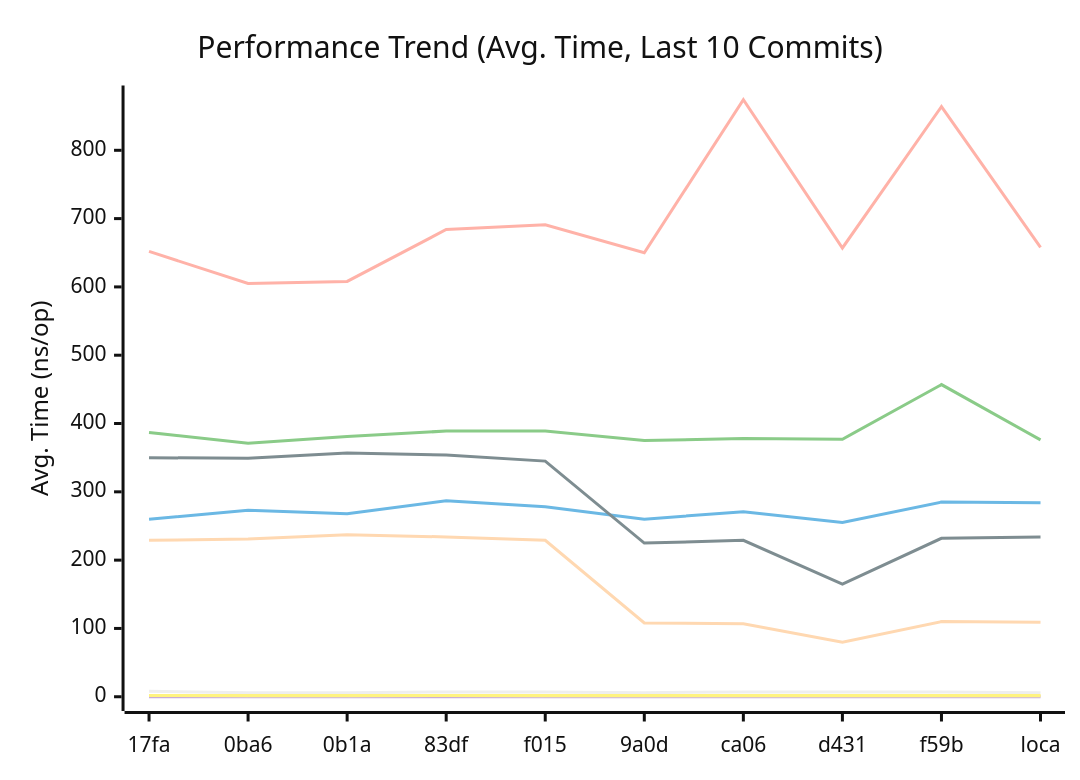
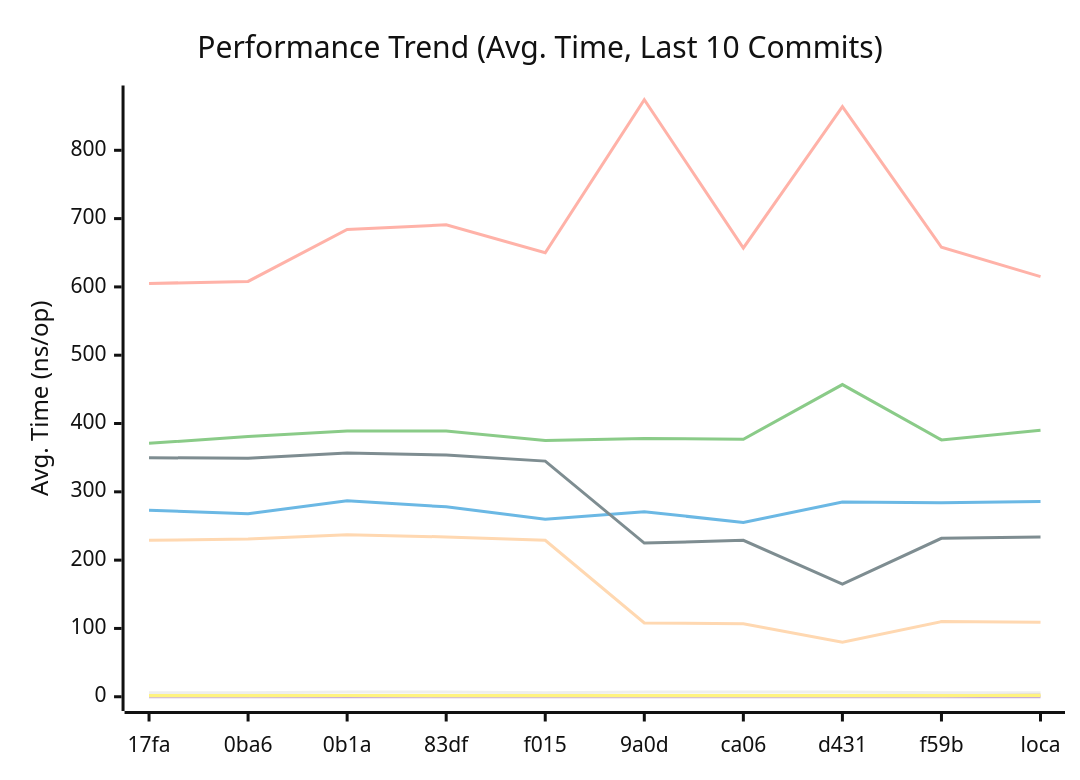
One commit to alsotoes/momo changed the first of 3 diagrams in docs/PERFORMANCE.md. Above: the diagram before and after it, drawn with Mermaid (neutral theme). The commit also changed other lines of this file and 2 other files, not shown here.

Commit message:
fix(observability): refactor DialSocket named return assignments and optimize isTimeout check

````diff
--- a/docs/PERFORMANCE.md
+++ b/docs/PERFORMANCE.md
@@ -80,16 +80,16 @@
 ```mermaid
 xychart-beta
     title "Performance Trend (Avg. Time, Last 10 Commits)"
     x-axis "Commit"
     y-axis "Avg. Time (ns/op)"
     x-axis [17fa,0ba6,0b1a,83df,f015,9a0d,ca06,d431,f59b,loca]
-    line "CheckMetricsAndSwap" [8,6,6,7,7,6,7,7,7,6]
-    line "CrushOptimized" [260,273,268,287,278,260,271,255,285,284]
-    line "CrushOriginal" [387,371,381,389,389,375,378,377,457,376]
+    line "CheckMetricsAndSwap" [6,6,7,7,6,7,7,7,6,6]
+    line "CrushOptimized" [273,268,287,278,260,271,255,285,284,286]
+    line "CrushOriginal" [371,381,389,389,375,378,377,457,376,390]
     line "IndexDirectTracking" [0,0,0,0,0,0,0,0,0,0]
-    line "IndexSearch" [2,1,1,2,1,1,1,1,1,1]
-    line "LoadGlobalConfig" [652,605,608,684,691,650,874,657,864,658]
+    line "IndexSearch" [1,1,2,1,1,1,1,1,1,3]
+    line "LoadGlobalConfig" [605,608,684,691,650,874,657,864,658,615]
     line "PadString" [2,2,2,2,2,2,2,2,2,2]
     line "ParseReplicationOrder_NoPrealloc" [350,349,357,354,345,225,229,165,232,234]
     line "ParseReplicationOrder_Prealloc" [229,231,237,234,229,108,107,80,110,109]
 ```
````
